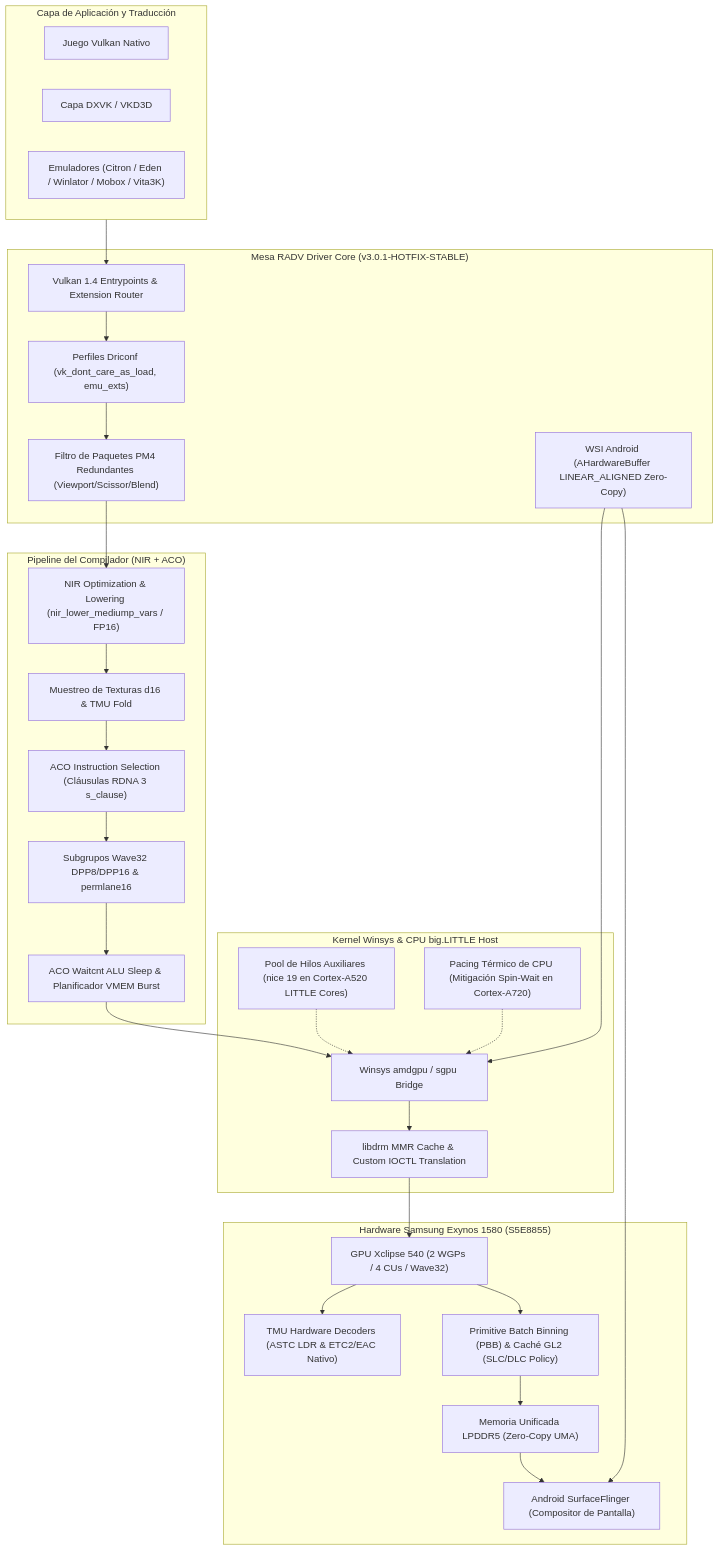
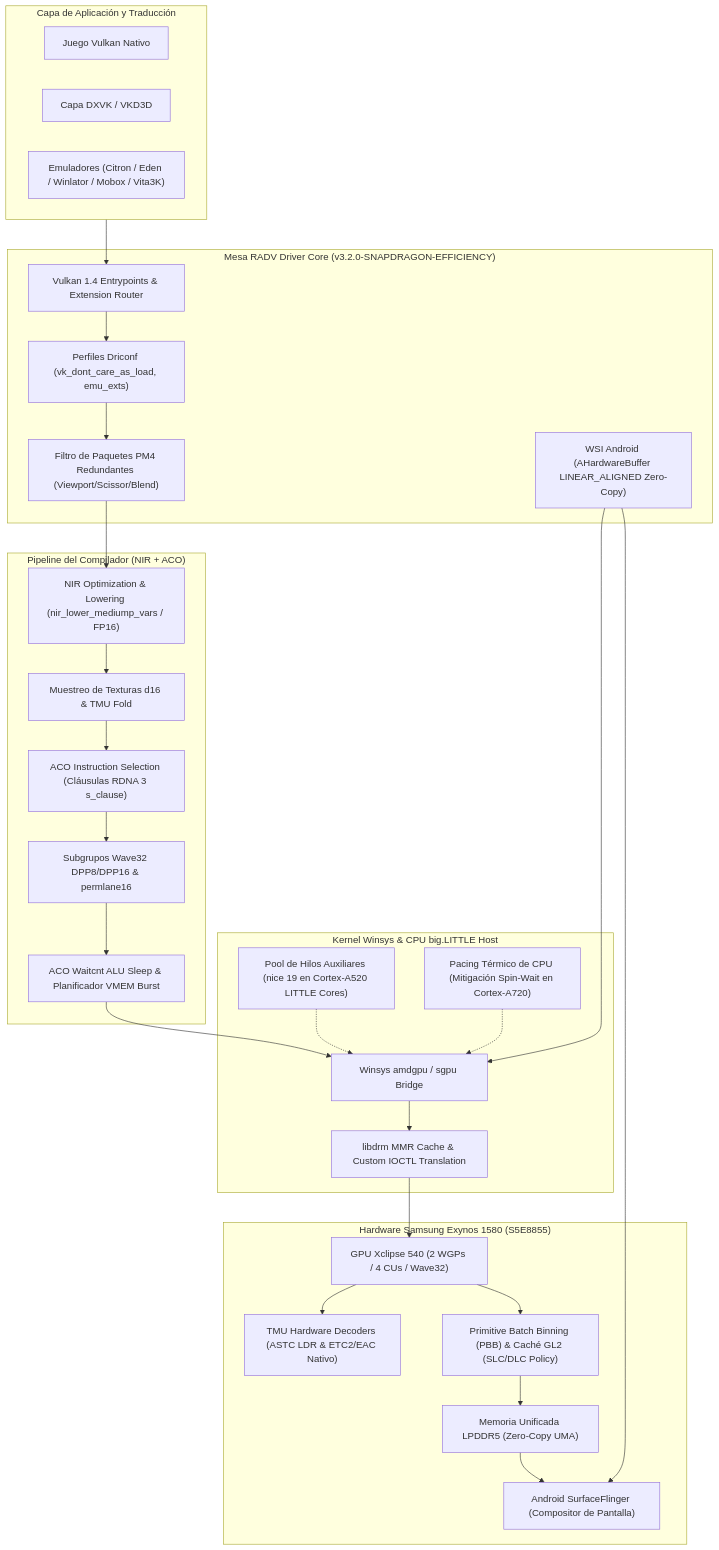
The diagram in README.md (sepuro/radv-xclipse), drawn with Mermaid before and after one commit. The commit also changed other lines of this file and 4 other files, not shown here.

````diff
--- a/README.md
+++ b/README.md
@@ -28,55 +28,55 @@
 ```mermaid
 flowchart TD
     subgraph APP["Capa de Aplicación y Traducción"]
         A1["Juego Vulkan Nativo"] 
         A2["Capa DXVK / VKD3D"] 
         A3["Emuladores (Citron / Eden / Winlator / Mobox / Vita3K)"]
     end
 
-    subgraph DRIVER["Mesa RADV Driver Core (v3.0.1-HOTFIX-STABLE)"]
+    subgraph DRIVER["Mesa RADV Driver Core (v3.2.0-SNAPDRAGON-EFFICIENCY)"]
         B1["Vulkan 1.4 Entrypoints & Extension Router"]
         B2["Perfiles Driconf (vk_dont_care_as_load, emu_exts)"]
         B3["Filtro de Paquetes PM4 Redundantes (Viewport/Scissor/Blend)"]
         B4["WSI Android (AHardwareBuffer LINEAR_ALIGNED Zero-Copy)"]
     end
 
     subgraph COMPILER["Pipeline del Compilador (NIR + ACO)"]
         C1["NIR Optimization & Lowering (nir_lower_mediump_vars / FP16)"]
         C2["Muestreo de Texturas d16 & TMU Fold"]
         C3["ACO Instruction Selection (Cláusulas RDNA 3 s_clause)"]
         C4["Subgrupos Wave32 DPP8/DPP16 & permlane16"]
         C5["ACO Waitcnt ALU Sleep & Planificador VMEM Burst"]
     end
 
     subgraph SYSTEM["Kernel Winsys & CPU big.LITTLE Host"]
         D1["Winsys amdgpu / sgpu Bridge"]
         D2["libdrm MMR Cache & Custom IOCTL Translation"]
         D3["Pool de Hilos Auxiliares (nice 19 en Cortex-A520 LITTLE Cores)"]
         D4["Pacing Térmico de CPU (Mitigación Spin-Wait en Cortex-A720)"]
     end
 
     subgraph HARDWARE["Hardware Samsung Exynos 1580 (S5E8855)"]
         E1["GPU Xclipse 540 (2 WGPs / 4 CUs / Wave32)"]
         E2["TMU Hardware Decoders (ASTC LDR & ETC2/EAC Nativo)"]
         E3["Primitive Batch Binning (PBB) & Caché GL2 (SLC/DLC Policy)"]
         E4["Memoria Unificada LPDDR5 (Zero-Copy UMA)"]
         E5["Android SurfaceFlinger (Compositor de Pantalla)"]
     end
 
     APP --> B1
     B1 --> B2
     B2 --> B3
     B3 --> C1
     C1 --> C2 --> C3 --> C4 --> C5
     C5 --> D1
     B4 --> D1
     D1 --> D2
     D3 -.-> D1
     D4 -.-> D1
     D2 --> E1
     E1 --> E2
     E1 --> E3
     E3 --> E4
     B4 --> E5
     E4 --> E5
 ```
````
